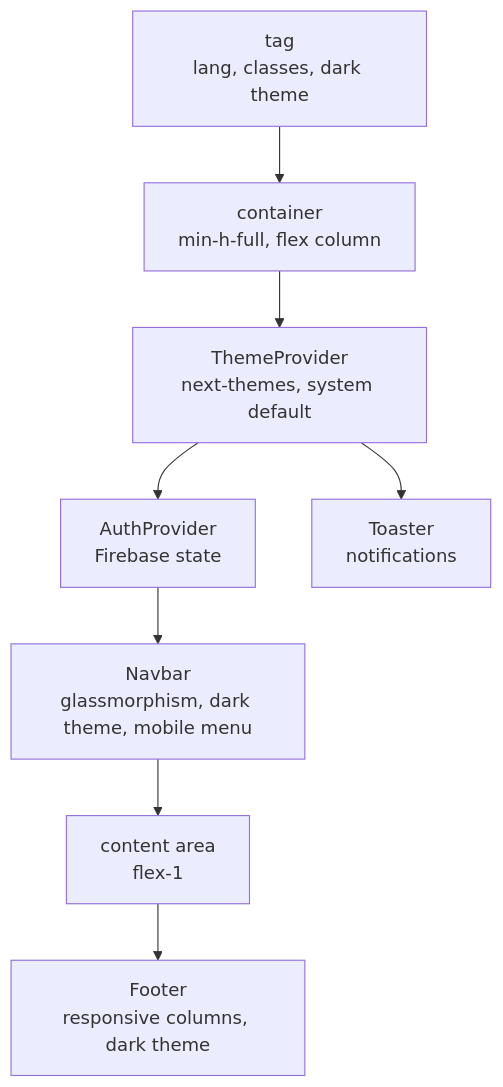
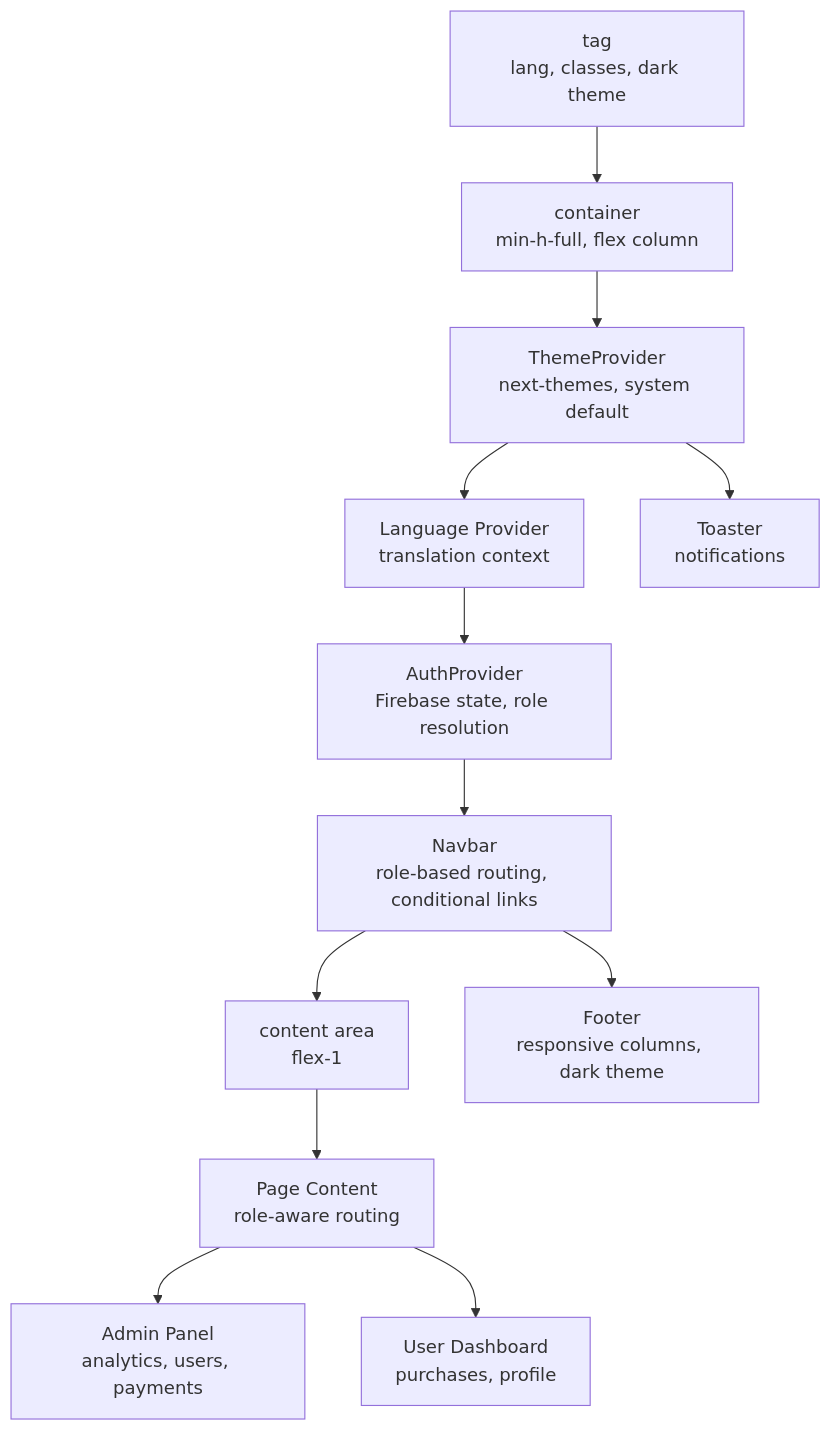
Before and after one commit to alikizang/datafrica: the second of 8 diagrams in .qoder/repowiki/en/content/UI Components/Layout Components.md, drawn with Mermaid. The commit also changed other lines of this file and 21 other files, not shown here.

````diff
--- a/.qoder/repowiki/en/content/UI Components/Layout Components.md
+++ b/.qoder/repowiki/en/content/UI Components/Layout Components.md
@@ -117,10 +134,14 @@
 ```mermaid
 graph TB
 HTML["<html> tag<br/>lang, classes, dark theme"] --> BODY["<body> container<br/>min-h-full, flex column"]
 BODY --> THEME["ThemeProvider<br/>next-themes, system default"]
-THEME --> AUTH["AuthProvider<br/>Firebase state"]
-AUTH --> NAV["Navbar<br/>glassmorphism, dark theme, mobile menu"]
+THEME --> LANG["Language Provider<br/>translation context"]
+LANG --> AUTH["AuthProvider<br/>Firebase state, role resolution"]
+AUTH --> NAV["Navbar<br/>role-based routing, conditional links"]
 NAV --> MAIN["<main> content area<br/>flex-1"]
-MAIN --> FOOTER["Footer<br/>responsive columns, dark theme"]
+MAIN --> PAGE["Page Content<br/>role-aware routing"]
+PAGE --> ADMP["Admin Panel<br/>analytics, users, payments"]
+PAGE --> DASH["User Dashboard<br/>purchases, profile"]
+NAV --> FT["Footer<br/>responsive columns, dark theme"]
 THEME --> TOAST["Toaster<br/>notifications"]
 ```
````
